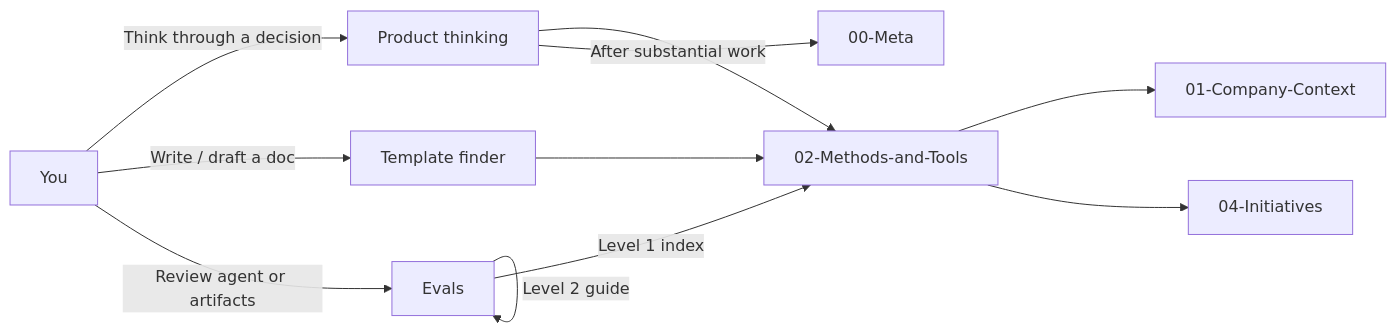
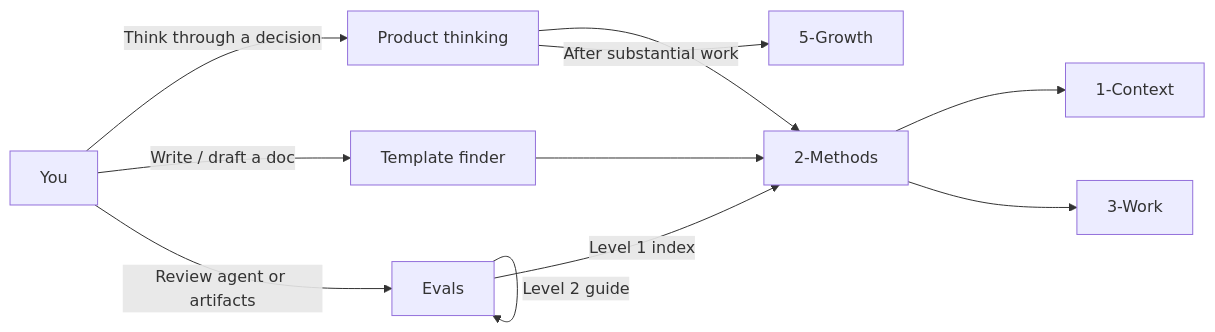
The eighth of 9 diagrams in docs/architecture.md (andreaskelm/pm-brain), drawn with Mermaid before and after one commit. The commit also changed other lines of this file and 644 other files, not shown here.

````diff
--- a/docs/architecture.md
+++ b/docs/architecture.md
@@ -340,24 +340,24 @@
 ```mermaid
 flowchart LR
   You[You]
   ProductThink[Product thinking]
   TemplateFind[Template finder]
   EvalsNode[Evals]
-  Methods[02-Methods-and-Tools]
-  Meta[00-Meta]
-  Company[01-Company-Context]
-  Initiatives[04-Initiatives]
+  Methods[2-Methods]
+  Meta[5-Growth]
+  Company[1-Context]
+  Initiatives[3-Work]
 
   You -->|"Think through a decision"| ProductThink
   You -->|"Write / draft a doc"| TemplateFind
   You -->|"Review agent or artifacts"| EvalsNode
 
   ProductThink --> Methods
   ProductThink -->|"After substantial work"| Meta
   TemplateFind --> Methods
   EvalsNode -->|"Level 1 index"| Methods
   EvalsNode -->|"Level 2 guide"| EvalsNode
 
   Methods --> Company
   Methods --> Initiatives
 ```
````
